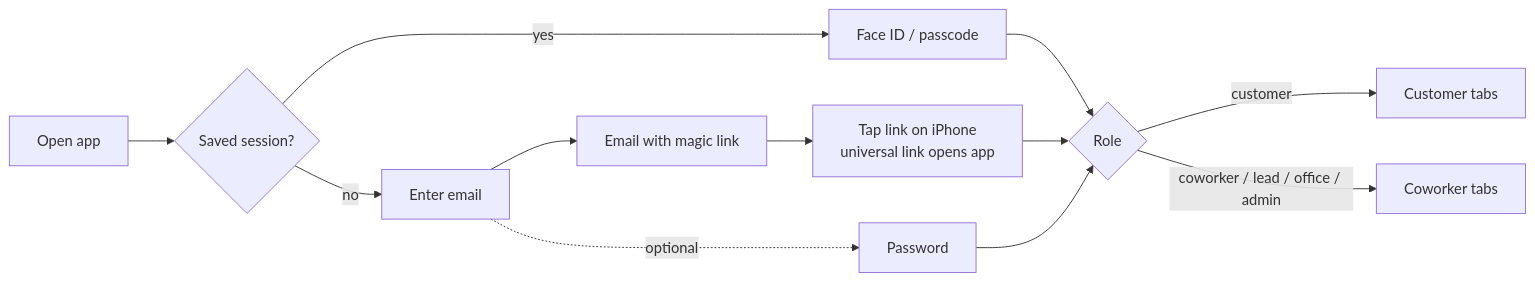
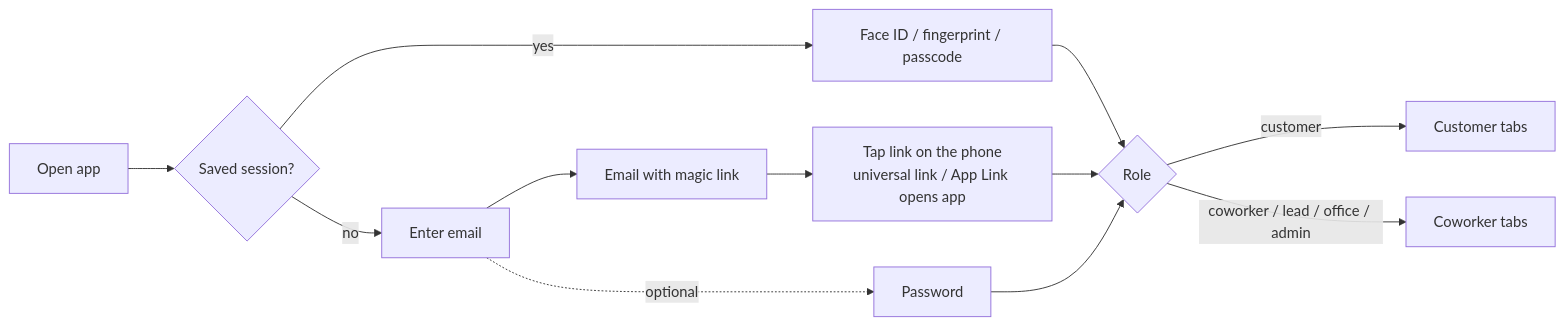
Before and after one commit to djbatalona06/Empire: the first of 2 diagrams in docs/03-APP-FLOW.md, drawn with Mermaid. The commit also changed 8 other files, not shown here.

````diff
--- a/docs/03-APP-FLOW.md
+++ b/docs/03-APP-FLOW.md
@@ -5,9 +5,9 @@
 ```mermaid
 flowchart LR
   A[Open app] --> B{Saved session?}
-  B -- yes --> C[Face ID / passcode] --> D{Role}
-  B -- no --> E[Enter email] --> F[Email with magic link] --> G[Tap link on iPhone<br/>universal link opens app] --> D
+  B -- yes --> C[Face ID / fingerprint / passcode] --> D{Role}
+  B -- no --> E[Enter email] --> F[Email with magic link] --> G[Tap link on the phone<br/>universal link / App Link opens app] --> D
   E -. optional .-> P[Password] --> D
   D -- customer --> CU[Customer tabs]
   D -- coworker / lead / office / admin --> CW[Coworker tabs]
 ```
````
